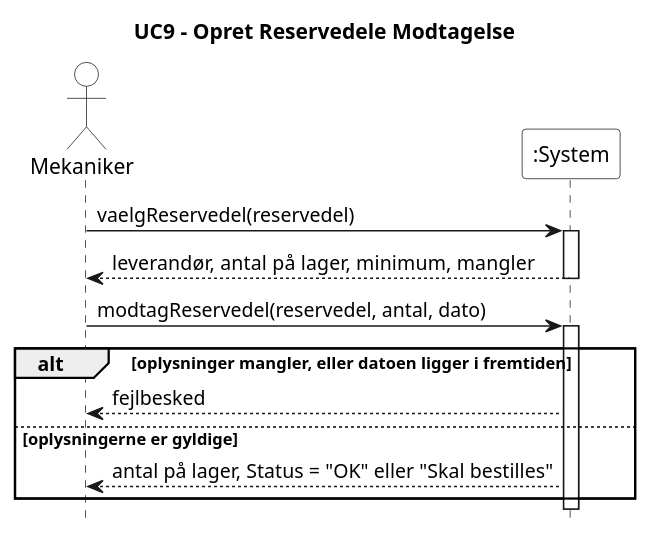
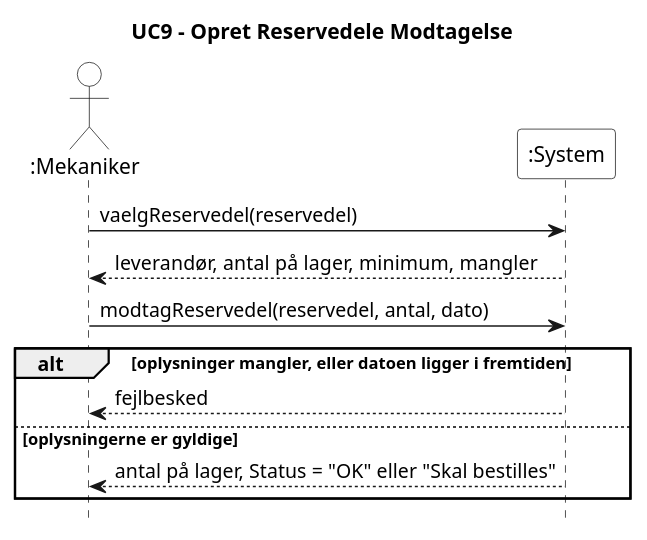
Before and after one commit to Zoabz/Getting-Real: the diagram in 4. System Sekvens Diagram/UC9_opret_reservedele_modtagelse.puml, drawn with PlantUML. The commit also changed 16 other files, not shown here.

```diff
--- a/4. System Sekvens Diagram/UC9_opret_reservedele_modtagelse.puml
+++ b/4. System Sekvens Diagram/UC9_opret_reservedele_modtagelse.puml
@@ -1,29 +1,25 @@
 @startuml
 title UC9 - Opret Reservedele Modtagelse
 hide footbox
 skinparam monochrome true
 skinparam shadowing false
 skinparam backgroundColor white
 skinparam actor {
   BackgroundColor white
 }
 skinparam participant {
   BackgroundColor white
 }
 
-actor Mekaniker
+actor ":Mekaniker" as Mekaniker
 participant ":System" as System
 
 Mekaniker -> System : vaelgReservedel(reservedel)
-activate System
 System --> Mekaniker : leverandør, antal på lager, minimum, mangler
-deactivate System
 Mekaniker -> System : modtagReservedel(reservedel, antal, dato)
-activate System
 alt oplysninger mangler, eller datoen ligger i fremtiden
   System --> Mekaniker : fejlbesked
 else oplysningerne er gyldige
   System --> Mekaniker : antal på lager, Status = "OK" eller "Skal bestilles"
 end
-deactivate System
 @enduml
```
